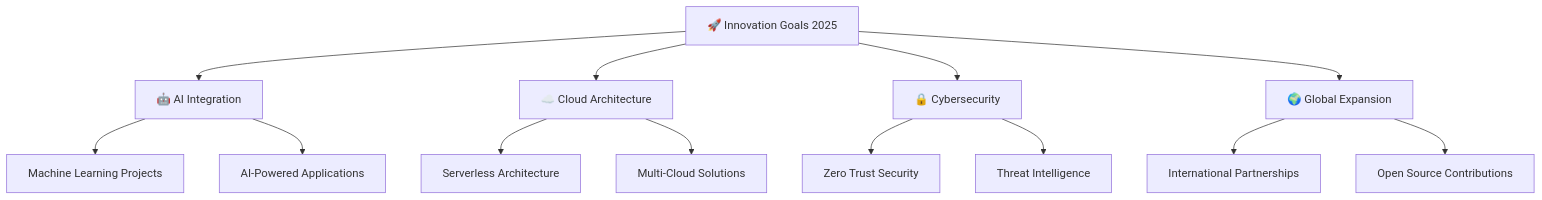
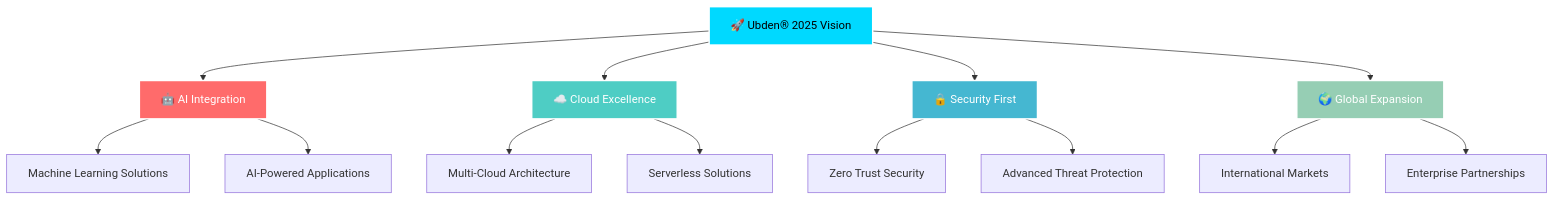
One commit to ubden/ubden changed the diagram in README.md. Above: the diagram before and after it, drawn with Mermaid. The commit also changed other lines of this file, not shown here.

````diff
--- a/README.md
+++ b/README.md
@@ -313,19 +313,25 @@
 ```mermaid
 graph TD
-    A[🚀 Innovation Goals 2025] --> B[🤖 AI Integration]
-    A --> C[☁️ Cloud Architecture]
-    A --> D[🔒 Cybersecurity]
+    A[🚀 Ubden® 2025 Vision] --> B[🤖 AI Integration]
+    A --> C[☁️ Cloud Excellence]
+    A --> D[🔒 Security First]
     A --> E[🌍 Global Expansion]
     
-    B --> B1[Machine Learning Projects]
+    B --> B1[Machine Learning Solutions]
     B --> B2[AI-Powered Applications]
     
-    C --> C1[Serverless Architecture]
-    C --> C2[Multi-Cloud Solutions]
+    C --> C1[Multi-Cloud Architecture]
+    C --> C2[Serverless Solutions]
     
     D --> D1[Zero Trust Security]
-    D --> D2[Threat Intelligence]
+    D --> D2[Advanced Threat Protection]
     
-    E --> E1[International Partnerships]
-    E --> E2[Open Source Contributions]
+    E --> E1[International Markets]
+    E --> E2[Enterprise Partnerships]
+    
+    style A fill:#00D9FF,stroke:#ffffff,stroke-width:2px,color:#000000
+    style B fill:#FF6B6B,stroke:#ffffff,stroke-width:2px,color:#ffffff
+    style C fill:#4ECDC4,stroke:#ffffff,stroke-width:2px,color:#ffffff
+    style D fill:#45B7D1,stroke:#ffffff,stroke-width:2px,color:#ffffff
+    style E fill:#96CEB4,stroke:#ffffff,stroke-width:2px,color:#ffffff
 ```
````
